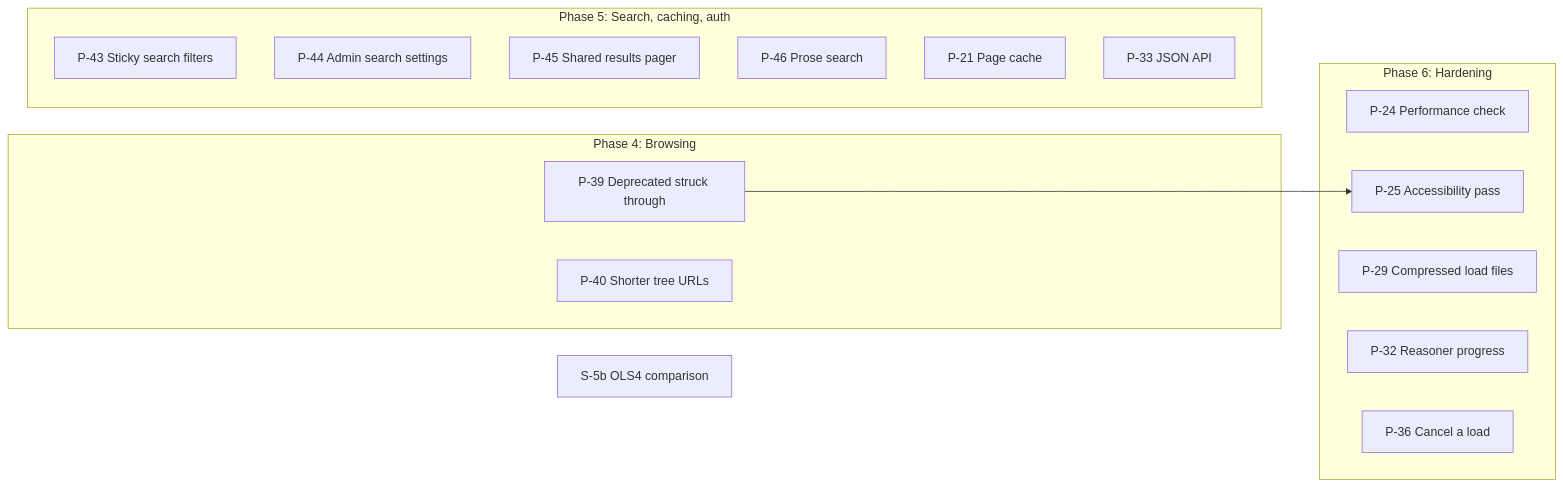
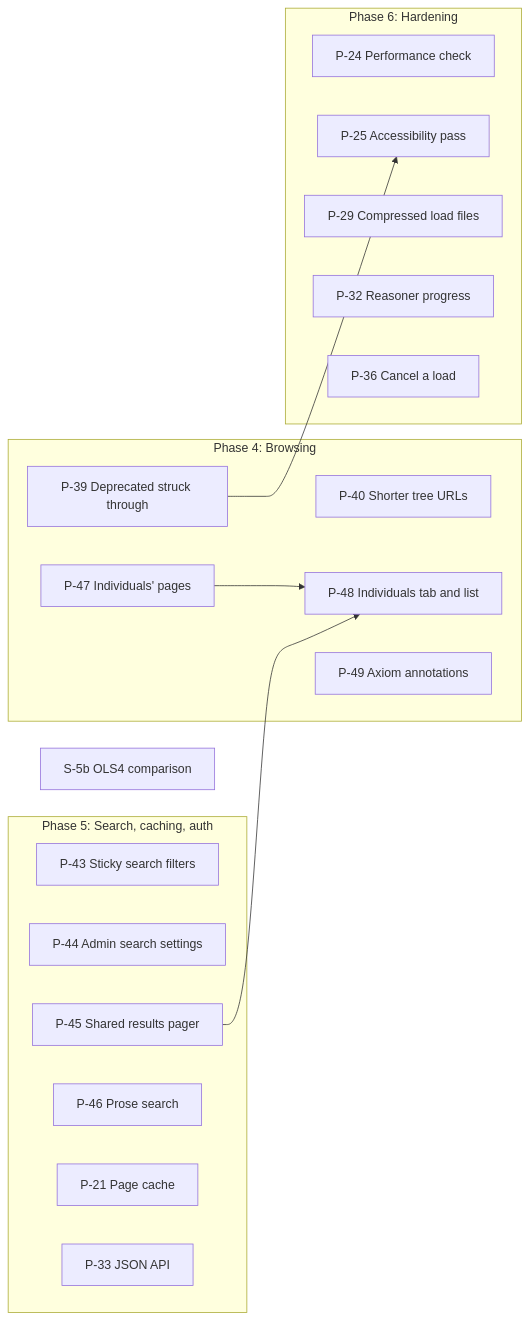
One commit to jclerman/browl changed the diagram in docs/DESIGN.md. Above: the diagram before and after it, drawn with Mermaid. The commit also changed other lines of this file, not shown here.

First line of the commit message:
Promote individuals and axiom annotations to v1 in the plan

````diff
--- a/docs/DESIGN.md
+++ b/docs/DESIGN.md
@@ -2141,25 +2183,30 @@
 ```mermaid
 flowchart LR
     subgraph P4["Phase 4: Browsing"]
         P39["P-39 Deprecated struck through"]
         P40["P-40 Shorter tree URLs"]
+        P47["P-47 Individuals' pages"]
+        P48["P-48 Individuals tab and list"]
+        P49["P-49 Axiom annotations"]
     end
     subgraph P5["Phase 5: Search, caching, auth"]
         P43["P-43 Sticky search filters"]
         P44["P-44 Admin search settings"]
         P45["P-45 Shared results pager"]
         P46["P-46 Prose search"]
         P21["P-21 Page cache"]
         P33["P-33 JSON API"]
     end
     subgraph P6["Phase 6: Hardening"]
         P24["P-24 Performance check"]
         P25["P-25 Accessibility pass"]
         P29["P-29 Compressed load files"]
         P32["P-32 Reasoner progress"]
         P36["P-36 Cancel a load"]
     end
     S5b["S-5b OLS4 comparison"]
 
     P39 --> P25
+    P47 --> P48
+    P45 --> P48
 ```
````
